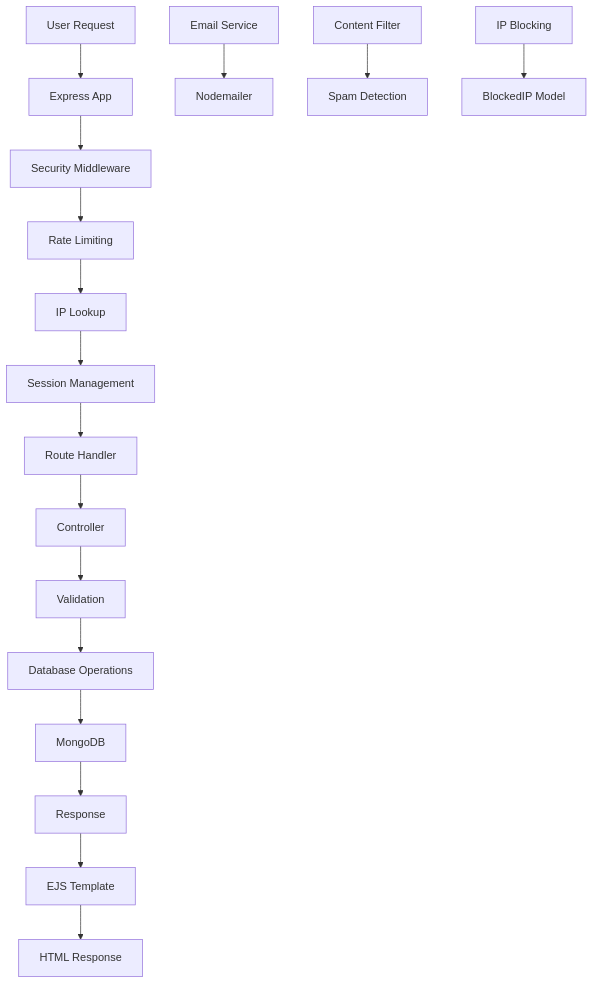
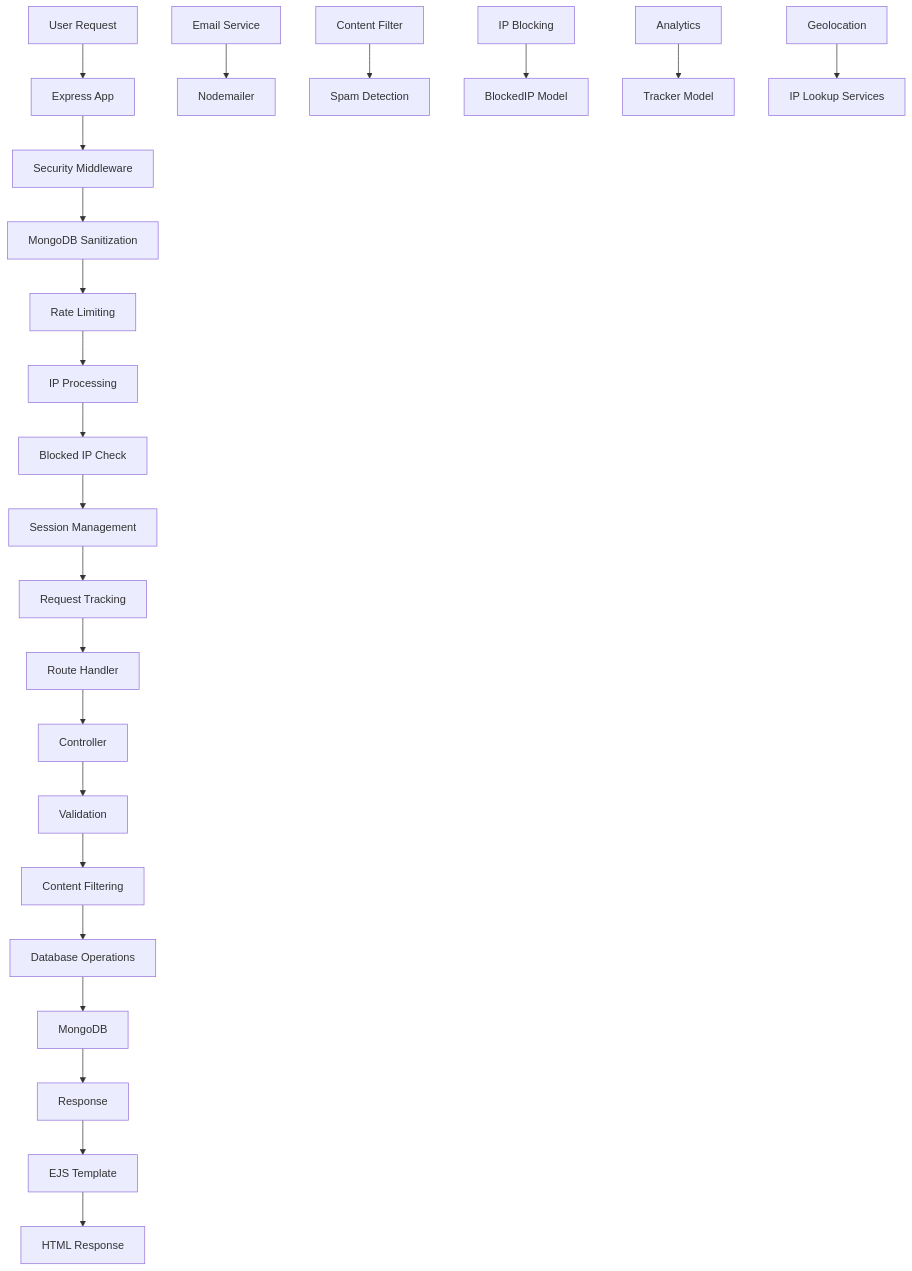
The first of 3 diagrams in docs/ARCHITECTURE_REFERENCE.md (hutchybop/app-blog), drawn with Mermaid before and after one commit. The commit also changed other lines of this file and 2 other files, not shown here.

````diff
--- a/docs/ARCHITECTURE_REFERENCE.md
+++ b/docs/ARCHITECTURE_REFERENCE.md
@@ -17,20 +17,26 @@
 ```mermaid
 graph TD
     A[User Request] --> B[Express App]
     B --> C[Security Middleware]
-    C --> D[Rate Limiting]
-    D --> E[IP Lookup]
-    E --> F[Session Management]
-    F --> G[Route Handler]
-    G --> H[Controller]
-    H --> I[Validation]
-    I --> J[Database Operations]
-    J --> K[MongoDB]
-    K --> L[Response]
-    L --> M[EJS Template]
-    M --> N[HTML Response]
+    C --> D[MongoDB Sanitization]
+    D --> E[Rate Limiting]
+    E --> F[IP Processing]
+    F --> G[Blocked IP Check]
+    G --> H[Session Management]
+    H --> I[Request Tracking]
+    I --> J[Route Handler]
+    J --> K[Controller]
+    K --> L[Validation]
+    L --> M[Content Filtering]
+    M --> N[Database Operations]
+    N --> O[MongoDB]
+    O --> P[Response]
+    P --> Q[EJS Template]
+    Q --> R[HTML Response]
 
-    O[Email Service] --> P[Nodemailer]
-    Q[Content Filter] --> R[Spam Detection]
-    S[IP Blocking] --> T[BlockedIP Model]
+    S[Email Service] --> T[Nodemailer]
+    U[Content Filter] --> V[Spam Detection]
+    W[IP Blocking] --> X[BlockedIP Model]
+    Y[Analytics] --> Z[Tracker Model]
+    AA[Geolocation] --> BB[IP Lookup Services]
 ```
````
